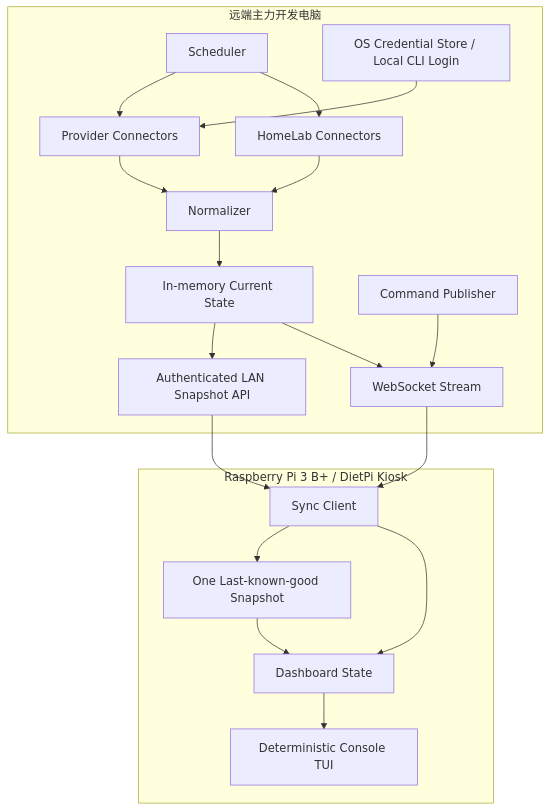
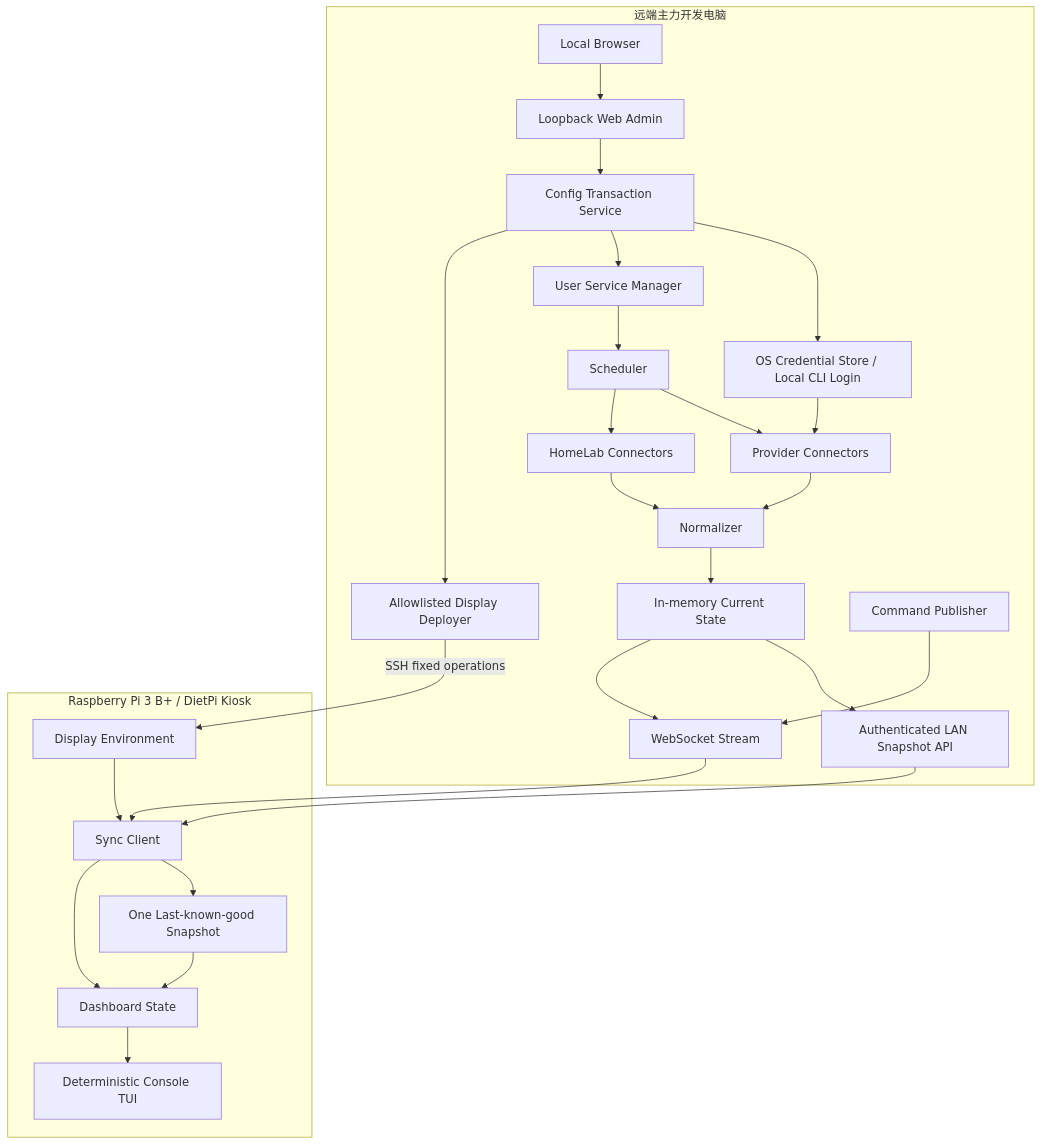
The diagram in .vibe/HL-Spec.md (galendai/homepi-mon), drawn with Mermaid before and after one commit. The commit also changed other lines of this file and 14 other files, not shown here.

Commit message:
docs(phase2): add web admin plan and shift phases

````diff
--- a/.vibe/HL-Spec.md
+++ b/.vibe/HL-Spec.md
@@ -33,22 +35,30 @@
 ```mermaid
 flowchart TB
     subgraph Remote["远端主力开发电脑"]
+        B["Local Browser"] --> WA["Loopback Web Admin"]
+        WA --> CFG["Config Transaction Service"]
+        CFG --> K["OS Credential Store / Local CLI Login"]
+        CFG --> SM["User Service Manager"]
+        CFG --> DD["Allowlisted Display Deployer"]
         S["Scheduler"] --> C["Provider Connectors"]
+        SM --> S
         S --> H["HomeLab Connectors"]
-        K["OS Credential Store / Local CLI Login"] --> C
+        K --> C
         C --> N["Normalizer"]
         H --> N
         N --> CS["In-memory Current State"]
         CS --> API["Authenticated LAN Snapshot API"]
         CS --> WS["WebSocket Stream"]
         CMD["Command Publisher"] --> WS
     end
     subgraph Pi["Raspberry Pi 3 B+ / DietPi Kiosk"]
-        SC["Sync Client"] --> LC["One Last-known-good Snapshot"]
+        DE["Display Environment"] --> SC["Sync Client"]
+        SC --> LC["One Last-known-good Snapshot"]
         SC --> DS["Dashboard State"]
         LC --> DS
         DS --> UI["Deterministic Console TUI"]
         WS --> SC
     end
+    DD -->|"SSH fixed operations"| DE
     API --> SC
 ```
````
